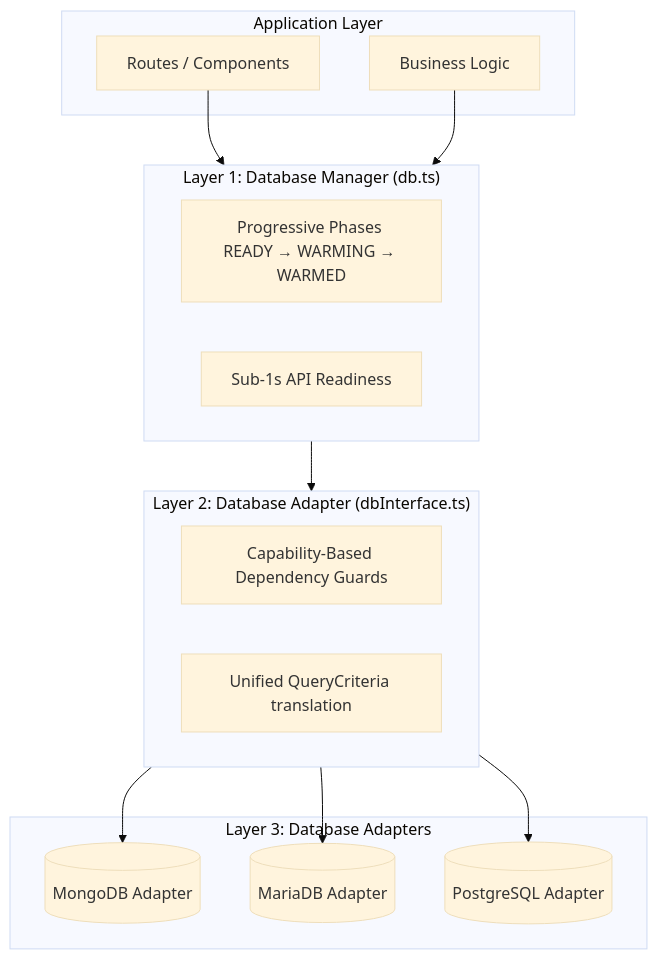
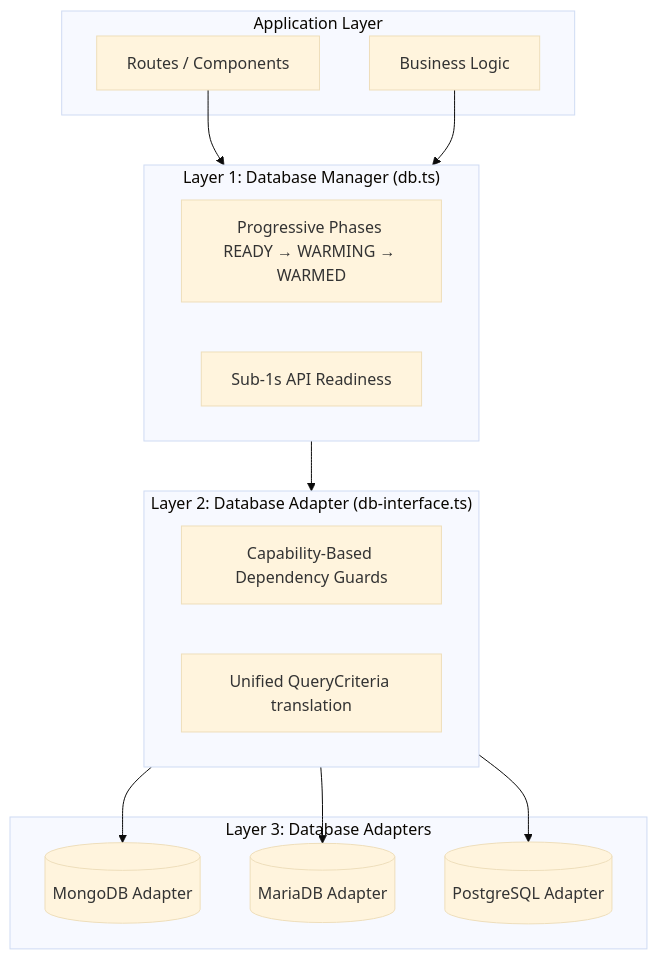
Before and after one commit to SveltyCMS/SveltyCMS: the first of 2 diagrams in docs/database/index.mdx, drawn with Mermaid (base theme). The commit also changed other lines of this file and 353 other files, not shown here.

````diff
--- a/docs/database/index.mdx
+++ b/docs/database/index.mdx
@@ -142,27 +142,27 @@
 ```mermaid
 graph TD
     subgraph App["Application Layer"]
         B[Routes / Components]
         C[Business Logic]
     end
 
     subgraph Core["Layer 1: Database Manager (db.ts)"]
         D[Progressive Phases READY → WARMING → WARMED]
         E[Sub-1s API Readiness]
     end
 
-    subgraph Interface["Layer 2: Database Adapter (dbInterface.ts)"]
+    subgraph Interface["Layer 2: Database Adapter (db-interface.ts)"]
         F[Capability-Based Dependency Guards]
         G[Unified QueryCriteria translation]
     end
 
     subgraph Adapters["Layer 3: Database Adapters"]
         H[(MongoDB Adapter)]
         I[(MariaDB Adapter)]
         J[(PostgreSQL Adapter)]
     end
 
     B & C --> Core
     Core --> Interface
     Interface --> H & I & J
 ```
````
